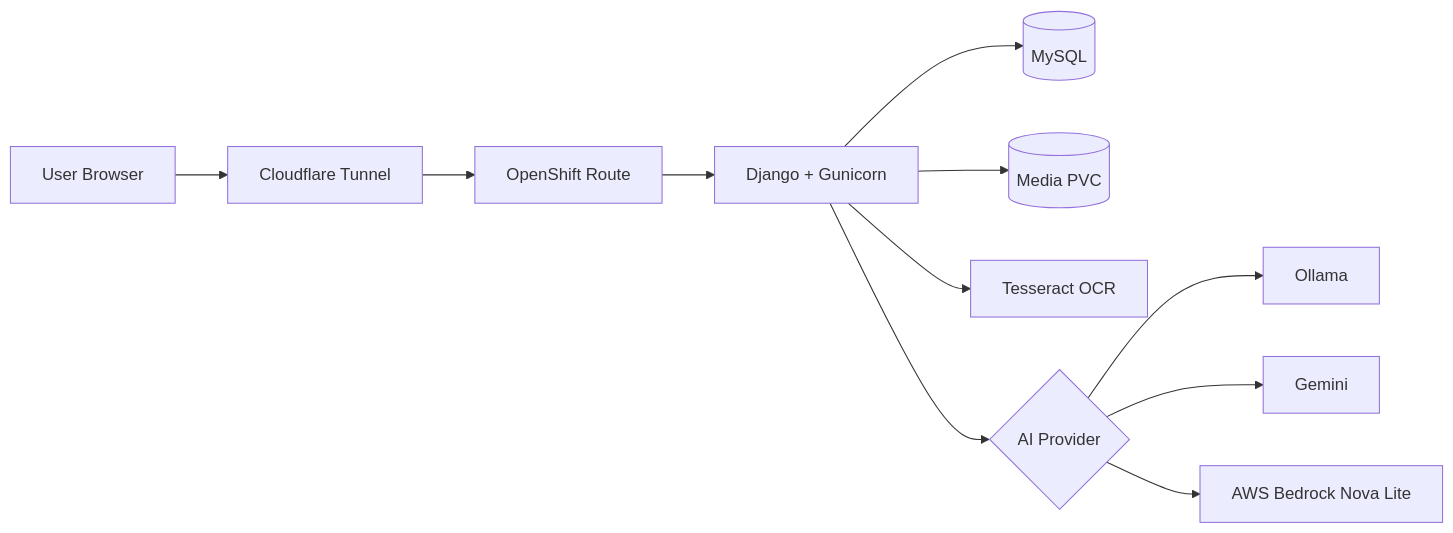
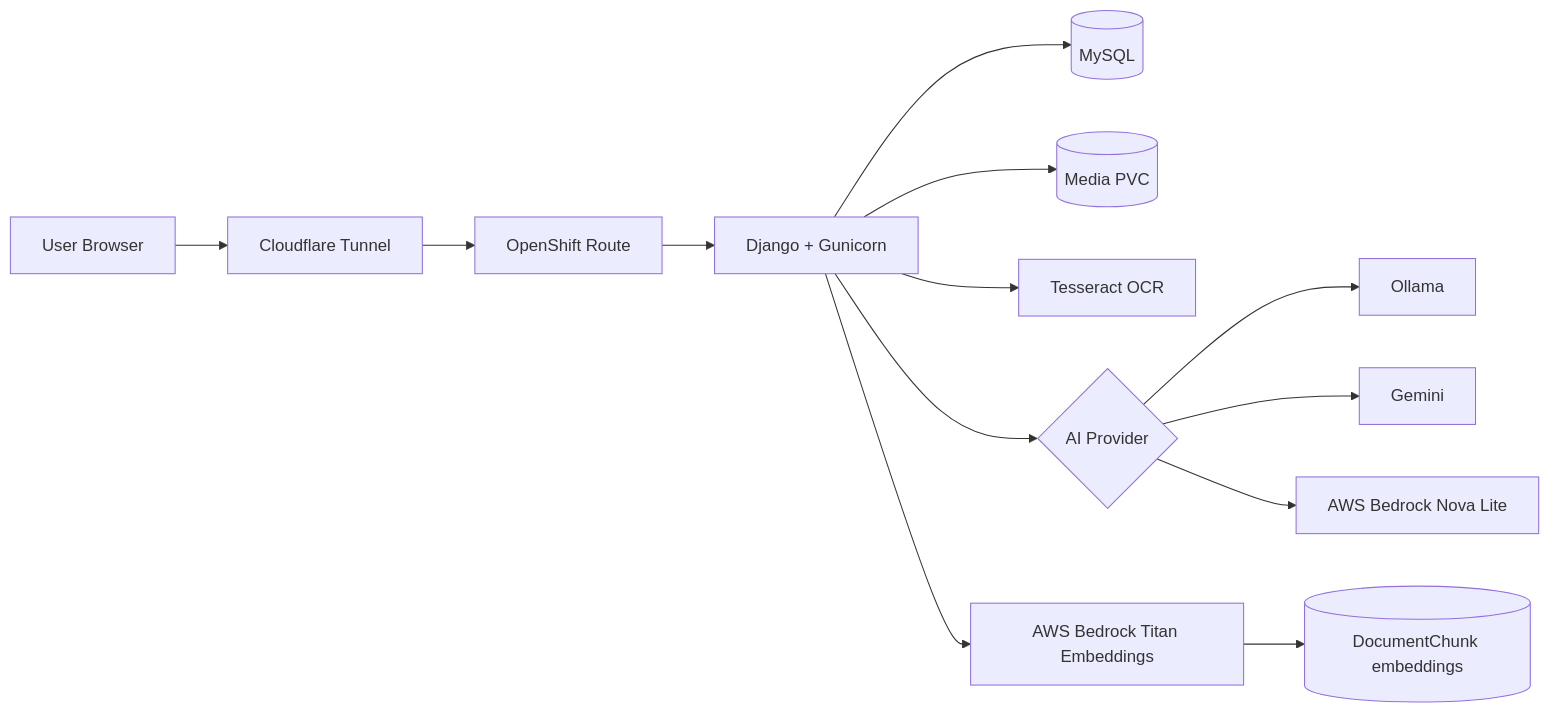
One commit to khaliqueaws-creator/document-management changed the diagram in README.md. Above: the diagram before and after it, drawn with Mermaid. The commit also changed other lines of this file and 95 other files, not shown here.

Commit message:
Add Bedrock embeddings and semantic search

````diff
--- a/README.md
+++ b/README.md
@@ -23,16 +23,19 @@
 ```mermaid
 flowchart LR
     Browser[User Browser] --> Cloudflare[Cloudflare Tunnel]
     Cloudflare --> OpenShift[OpenShift Route]
     OpenShift --> Django[Django + Gunicorn]
 
     Django --> MySQL[(MySQL)]
     Django --> Storage[(Media PVC)]
 
     Django --> OCR[Tesseract OCR]
 
     Django --> AI{AI Provider}
     AI --> Ollama[Ollama]
     AI --> Gemini[Gemini]
     AI --> Bedrock[AWS Bedrock Nova Lite]
+
+    Django --> Embeddings[AWS Bedrock Titan Embeddings]
+    Embeddings --> Chunks[(DocumentChunk embeddings)]
 ```
````
